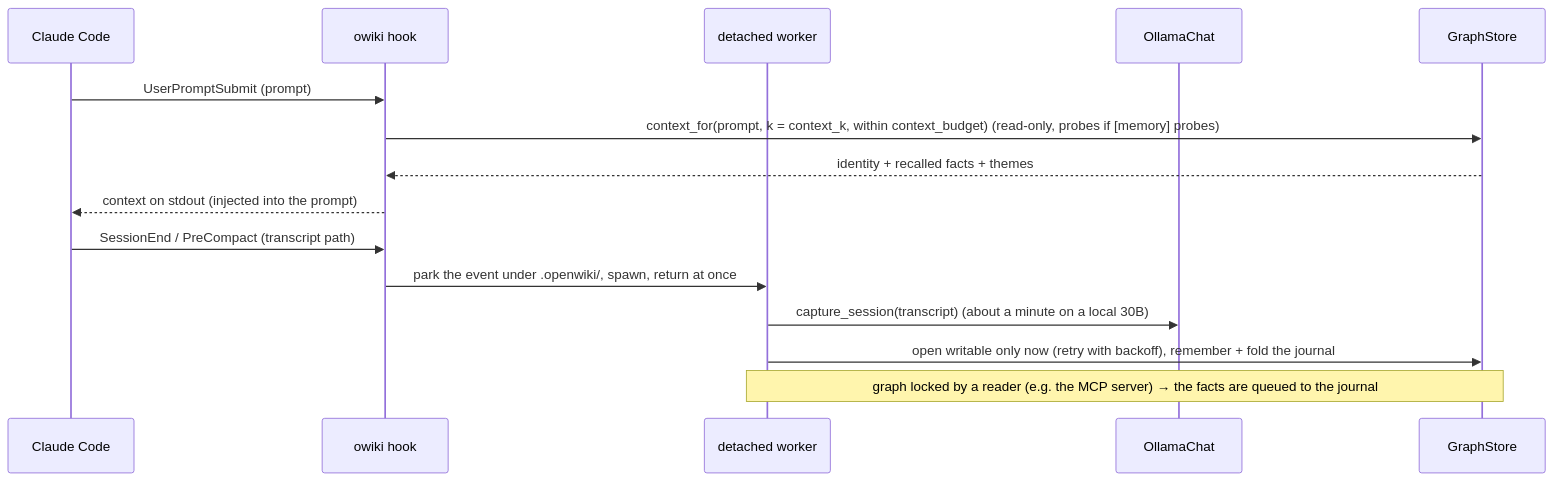
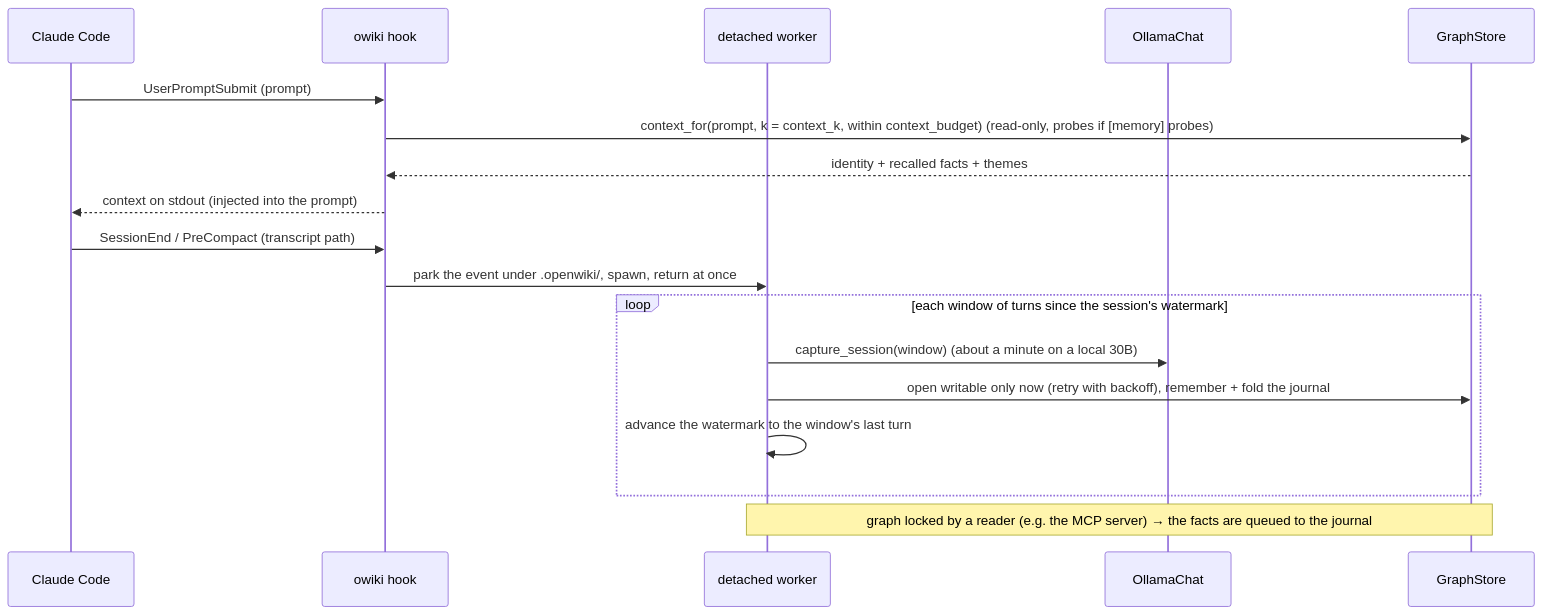
Before and after one commit to Neuroant/OpenWiki: the seventh of 9 diagrams in docs/arc42/06-runtime-view.md, drawn with Mermaid. The commit also changed other lines of this file and 11 other files, not shown here.

````diff
--- a/docs/arc42/06-runtime-view.md
+++ b/docs/arc42/06-runtime-view.md
@@ -205,18 +205,21 @@
 ```mermaid
 sequenceDiagram
   participant CC as Claude Code
   participant H as owiki hook
   participant W as detached worker
   participant C as OllamaChat
   participant GS as GraphStore
 
   CC->>H: UserPromptSubmit (prompt)
   H->>GS: context_for(prompt, k = context_k, within context_budget) (read-only, probes if [memory] probes)
   GS-->>H: identity + recalled facts + themes
   H-->>CC: context on stdout (injected into the prompt)
   CC->>H: SessionEnd / PreCompact (transcript path)
   H->>W: park the event under .openwiki/, spawn, return at once
-  W->>C: capture_session(transcript) (about a minute on a local 30B)
-  W->>GS: open writable only now (retry with backoff), remember + fold the journal
+  loop each window of turns since the session's watermark
+    W->>C: capture_session(window) (about a minute on a local 30B)
+    W->>GS: open writable only now (retry with backoff), remember + fold the journal
+    W->>W: advance the watermark to the window's last turn
+  end
   Note over W,GS: graph locked by a reader (e.g. the MCP server) → the facts are queued to the journal
 ```
````
